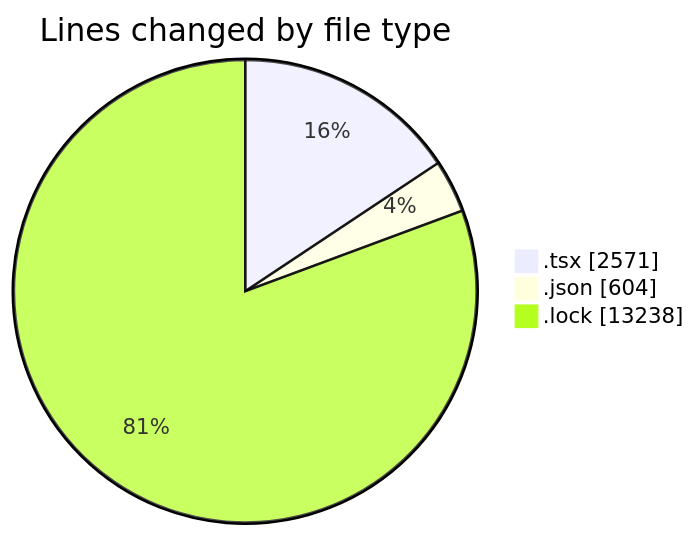
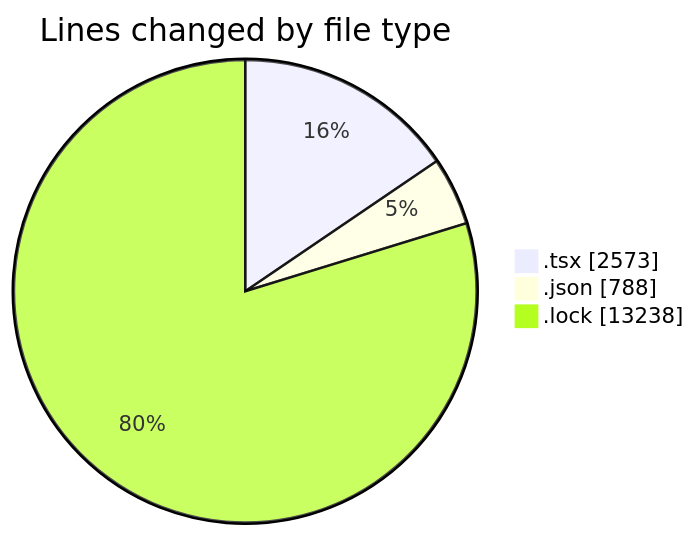
Before and after one commit to momahboobian/code-tracking: the first of 2 diagrams in 2026-01-09/cda/README.md, drawn with Mermaid. The commit also changed other lines of this file and 1 other file, not shown here.

````diff
--- a/2026-01-09/cda/README.md
+++ b/2026-01-09/cda/README.md
@@ -26,7 +26,7 @@
 ```mermaid
 pie showData
 title Lines changed by file type
-".tsx" : 2571
-".json" : 604
+".tsx" : 2573
+".json" : 788
 ".lock" : 13238
 ```
````
